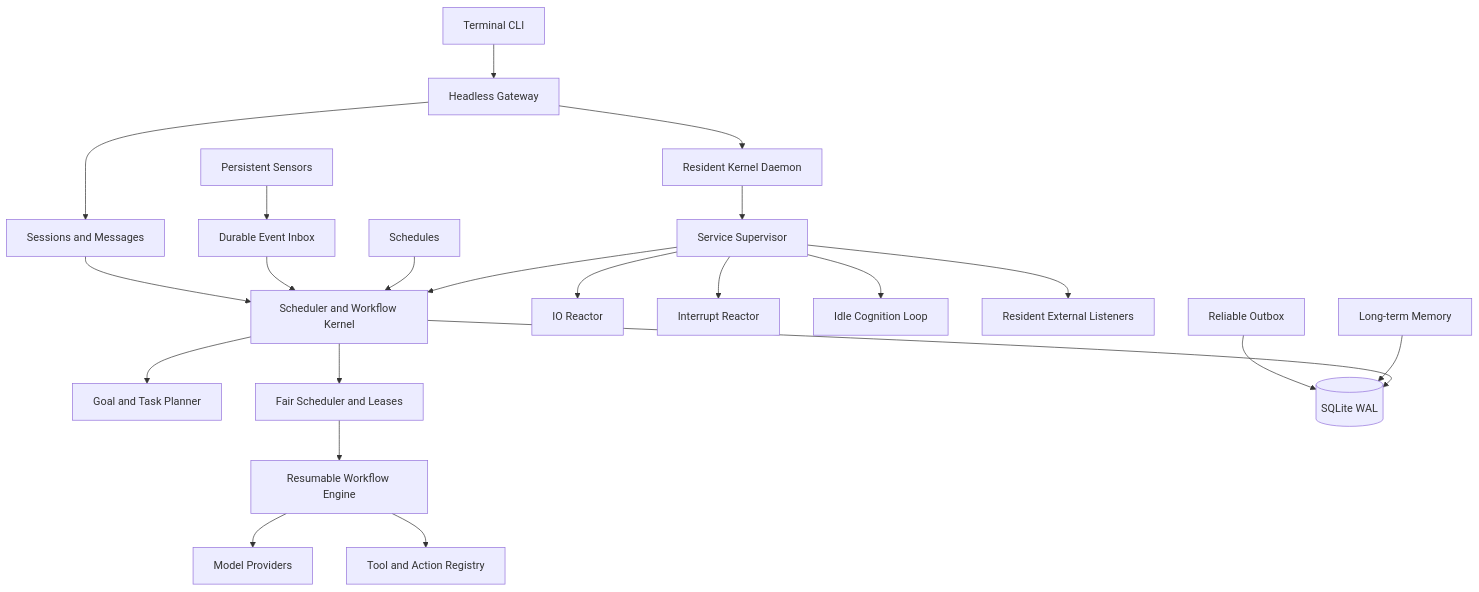
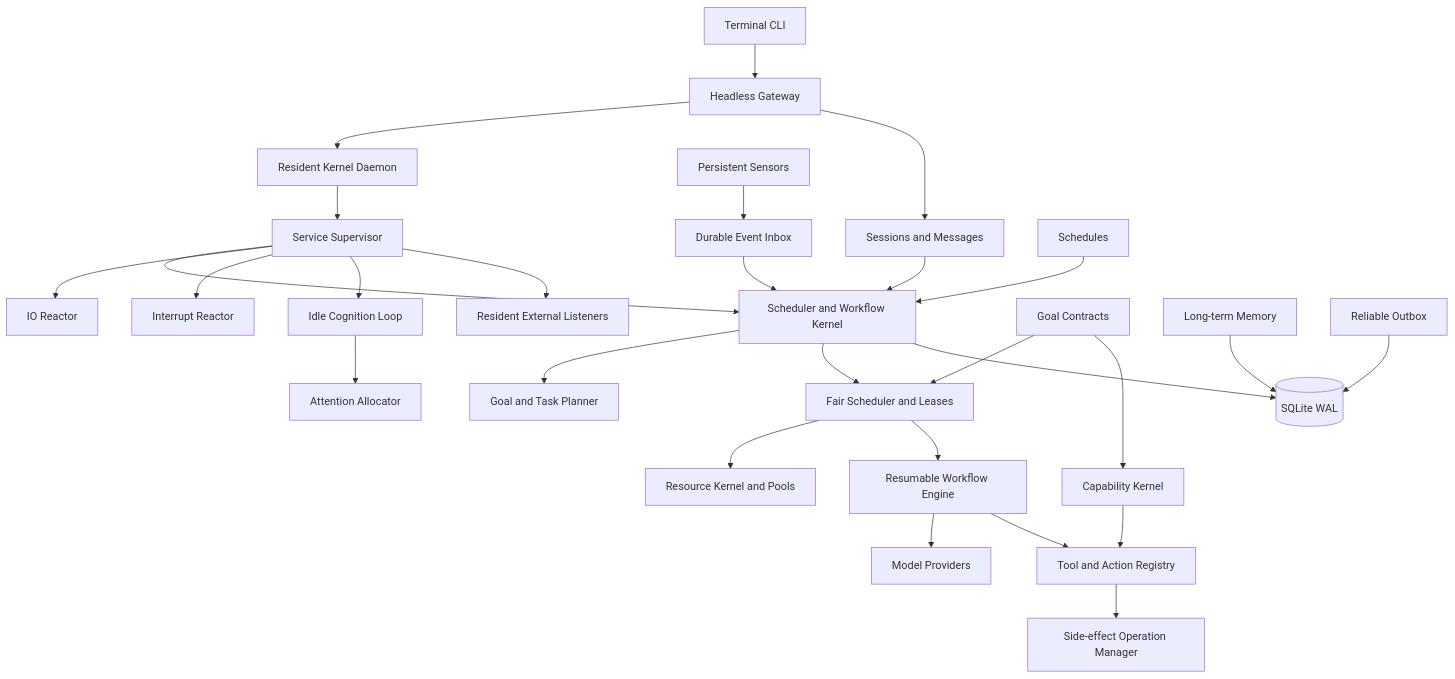
The first of 4 diagrams in docs/architecture.md (stevenjjj-web/asynchronnous-agent-os), drawn with Mermaid before and after one commit. The commit also changed other lines of this file and 52 other files, not shown here.

````diff
--- a/docs/architecture.md
+++ b/docs/architecture.md
@@ -5,24 +5,30 @@
 ```mermaid
 flowchart TB
   CLI[Terminal CLI] --> Gateway[Headless Gateway]
   Gateway --> Daemon[Resident Kernel Daemon]
   Daemon --> Supervisor[Service Supervisor]
   Supervisor --> Kernel[Scheduler and Workflow Kernel]
   Supervisor --> IO[IO Reactor]
   Supervisor --> Attention[Interrupt Reactor]
   Supervisor --> Cognition[Idle Cognition Loop]
   Supervisor --> Listeners[Resident External Listeners]
   Gateway --> Sessions[Sessions and Messages]
   Sensors[Persistent Sensors] --> Events[Durable Event Inbox]
   Schedules[Schedules] --> Kernel
   Events --> Kernel
   Sessions --> Kernel
   Kernel --> Planner[Goal and Task Planner]
   Kernel --> Scheduler[Fair Scheduler and Leases]
+  Contracts[Goal Contracts] --> Scheduler
+  Scheduler --> Resources[Resource Kernel and Pools]
   Scheduler --> Engine[Resumable Workflow Engine]
   Engine --> Models[Model Providers]
   Engine --> Tools[Tool and Action Registry]
+  Contracts --> Capabilities[Capability Kernel]
+  Capabilities --> Tools
+  Tools --> Operations[Side-effect Operation Manager]
+  Cognition --> Allocator[Attention Allocator]
   Kernel --> Store[(SQLite WAL)]
   Memory[Long-term Memory] --> Store
   Outbox[Reliable Outbox] --> Store
 ```
````
